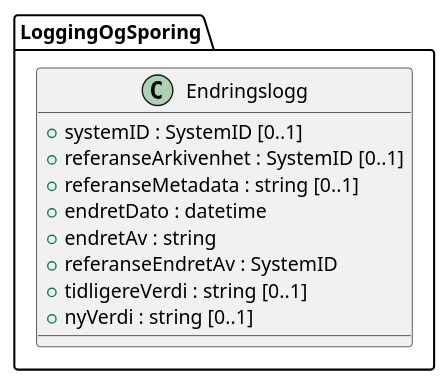
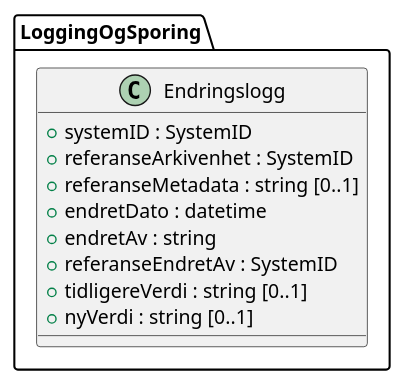
One commit to arkivverket/noark5-tjenestegrensesnitt-standard changed the diagram in kapitler/media/uml-class-endringslogg.iuml. Above: the diagram before and after it, drawn with PlantUML. The commit also changed 2 other files, not shown here.

Commit message:
SystemID cardinality is changed, p.38
#37

```diff
--- a/kapitler/media/uml-class-endringslogg.iuml
+++ b/kapitler/media/uml-class-endringslogg.iuml
@@ -1,12 +1,12 @@
 @startuml
 class LoggingOgSporing.Endringslogg {
-  +systemID : SystemID [0..1]
-  +referanseArkivenhet : SystemID [0..1]
+  +systemID : SystemID
+  +referanseArkivenhet : SystemID
   +referanseMetadata : string [0..1]
   +endretDato : datetime
   +endretAv : string
   +referanseEndretAv : SystemID
   +tidligereVerdi : string [0..1]
   +nyVerdi : string [0..1]
 }
 @enduml
```
